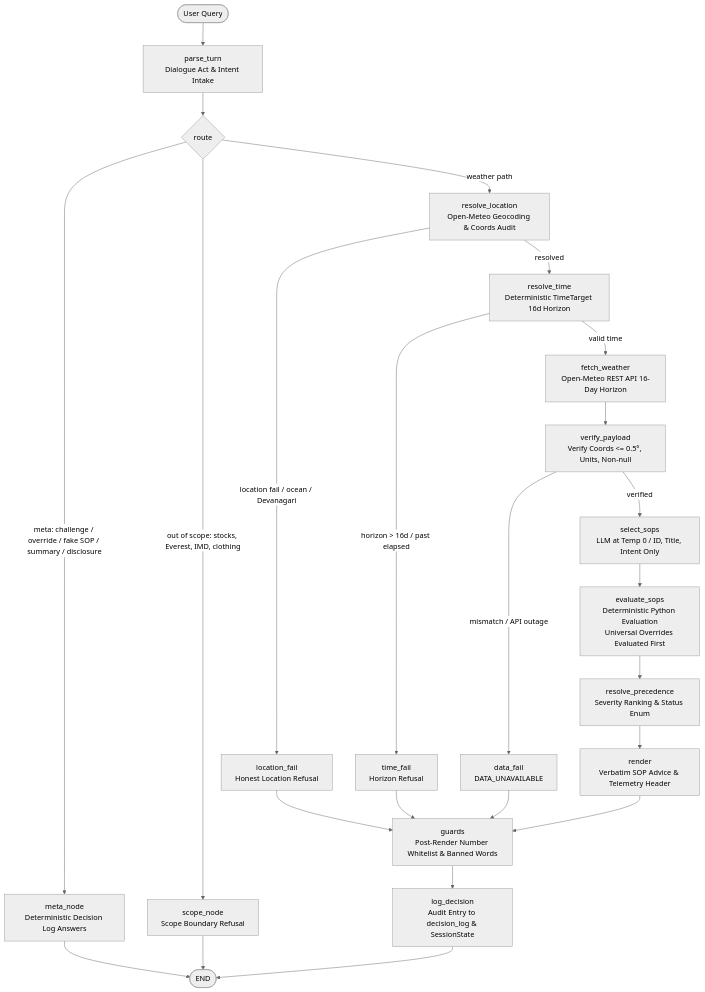
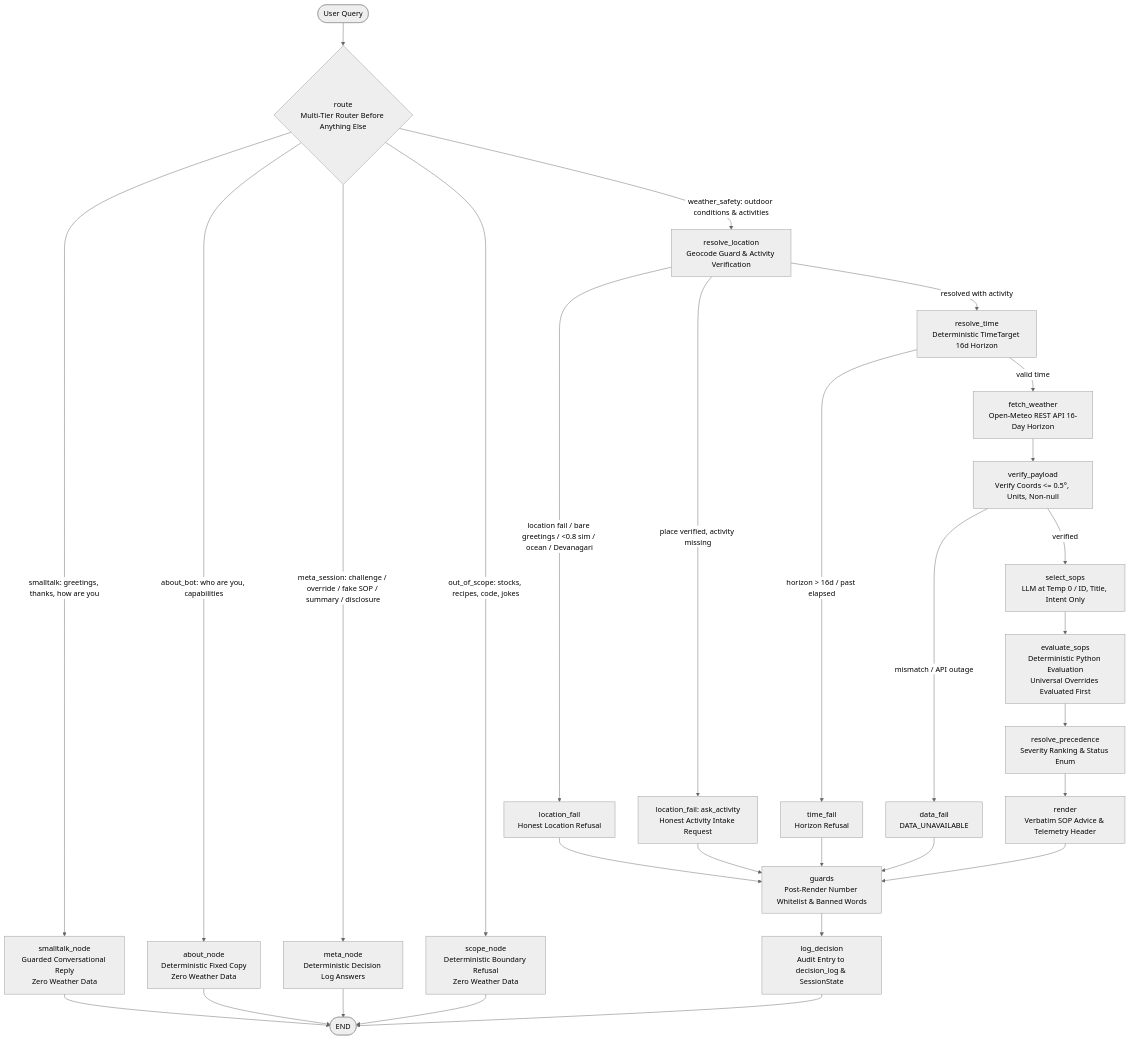
One commit to iamadityakumar/Weabot changed the diagram in README.md. Above: the diagram before and after it, drawn with Mermaid (neutral theme). The commit also changed other lines of this file and 1 other file, not shown here.

Commit message:
docs: update architecture, ADRs, test suites, and deployment documentation

````diff
--- a/README.md
+++ b/README.md
@@ -29,26 +29,28 @@
 ```mermaid
 flowchart TD
-    START([User Query]) --> parse_turn[parse_turn<br>Dialogue Act & Intent Intake]
-    parse_turn --> route{route}
+    START([User Query]) --> route{route<br>Multi-Tier Router Before Anything Else}
     
-    route -->|meta: challenge / override / fake SOP / summary / disclosure| meta_node[meta_node<br>Deterministic Decision Log Answers] --> END([END])
-    route -->|out of scope: stocks, Everest, IMD, clothing| scope_node[scope_node<br>Scope Boundary Refusal] --> END
+    route -->|smalltalk: greetings, thanks, how are you| smalltalk_node[smalltalk_node<br>Guarded Conversational Reply<br>Zero Weather Data] --> END([END])
+    route -->|about_bot: who are you, capabilities| about_node[about_node<br>Deterministic Fixed Copy<br>Zero Weather Data] --> END
+    route -->|meta_session: challenge / override / fake SOP / summary / disclosure| meta_node[meta_node<br>Deterministic Decision Log Answers] --> END
+    route -->|out_of_scope: stocks, recipes, code, jokes| scope_node[scope_node<br>Deterministic Boundary Refusal<br>Zero Weather Data] --> END
     
-    route -->|weather path| res_loc[resolve_location<br>Open-Meteo Geocoding & Coords Audit]
-    res_loc -->|location fail / ocean / Devanagari| loc_fail[location_fail<br>Honest Location Refusal] --> guards[guards<br>Post-Render Number Whitelist & Banned Words]
+    route -->|weather_safety: outdoor conditions & activities| res_loc[resolve_location<br>Geocode Guard & Activity Verification]
+    res_loc -->|location fail / bare greetings / <0.8 sim / ocean / Devanagari| loc_fail[location_fail<br>Honest Location Refusal] --> guards[guards<br>Post-Render Number Whitelist & Banned Words]
+    res_loc -->|place verified, activity missing| ask_act[location_fail: ask_activity<br>Honest Activity Intake Request] --> guards
     
-    res_loc -->|resolved| res_time[resolve_time<br>Deterministic TimeTarget 16d Horizon]
+    res_loc -->|resolved with activity| res_time[resolve_time<br>Deterministic TimeTarget 16d Horizon]
     res_time -->|horizon > 16d / past elapsed| time_fail[time_fail<br>Horizon Refusal] --> guards
     
     res_time -->|valid time| fetch_wx[fetch_weather<br>Open-Meteo REST API 16-Day Horizon]
     fetch_wx --> verify_payload[verify_payload<br>Verify Coords <= 0.5°, Units, Non-null]
     verify_payload -->|mismatch / API outage| data_fail[data_fail<br>DATA_UNAVAILABLE] --> guards
     
     verify_payload -->|verified| select_sops[select_sops<br>LLM at Temp 0 / ID, Title, Intent Only]
     select_sops --> evaluate_sops[evaluate_sops<br>Deterministic Python Evaluation<br>Universal Overrides Evaluated First]
     evaluate_sops --> resolve_prec[resolve_precedence<br>Severity Ranking & Status Enum]
     resolve_prec --> render[render<br>Verbatim SOP Advice & Telemetry Header]
     render --> guards
     guards --> log_dec[log_decision<br>Audit Entry to decision_log & SessionState]
     log_dec --> END
 ```
````
